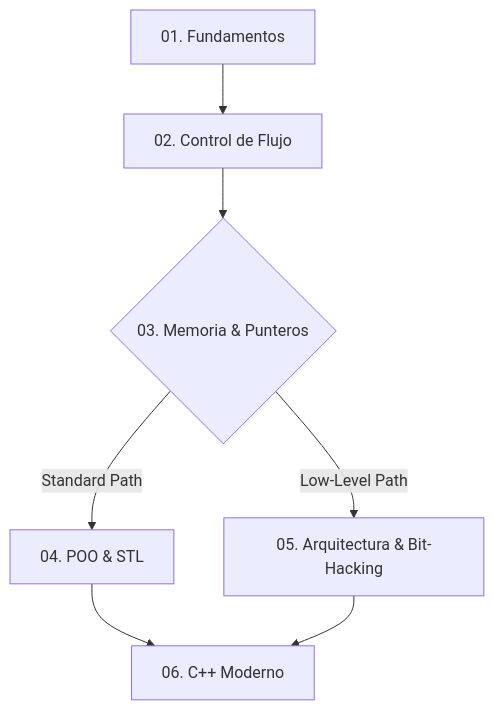
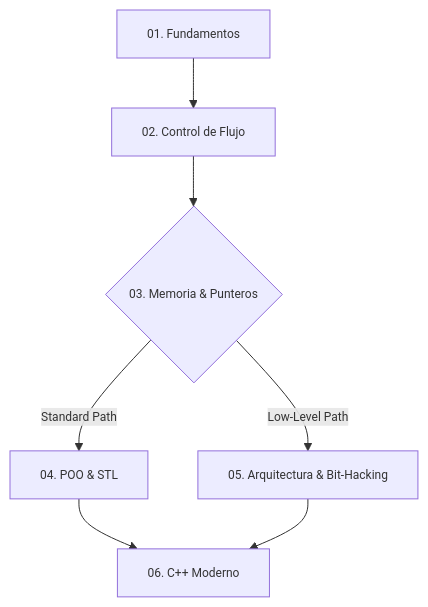
One commit to MarvinCif/Portafolio_C_mas_mas changed the diagram in README.md. Above: the diagram before and after it, drawn with Mermaid. The commit also changed other lines of this file, not shown here.

````diff
--- a/README.md
+++ b/README.md
@@ -25,9 +26,10 @@
 ```mermaid
+%%{init: {'themeVariables': {'fontSize': '12px', 'nodePadding': '6'}}}%%
 graph TD;
   A[01. Fundamentos] --> B[02. Control de Flujo];
   B --> C{03. Memoria & Punteros};
   C -->|Standard Path| D[04. POO & STL];
   C -->|Low-Level Path| E[05. Arquitectura & Bit-Hacking];
   D --> F[06. C++ Moderno];
   E --> F;
 ```
````
